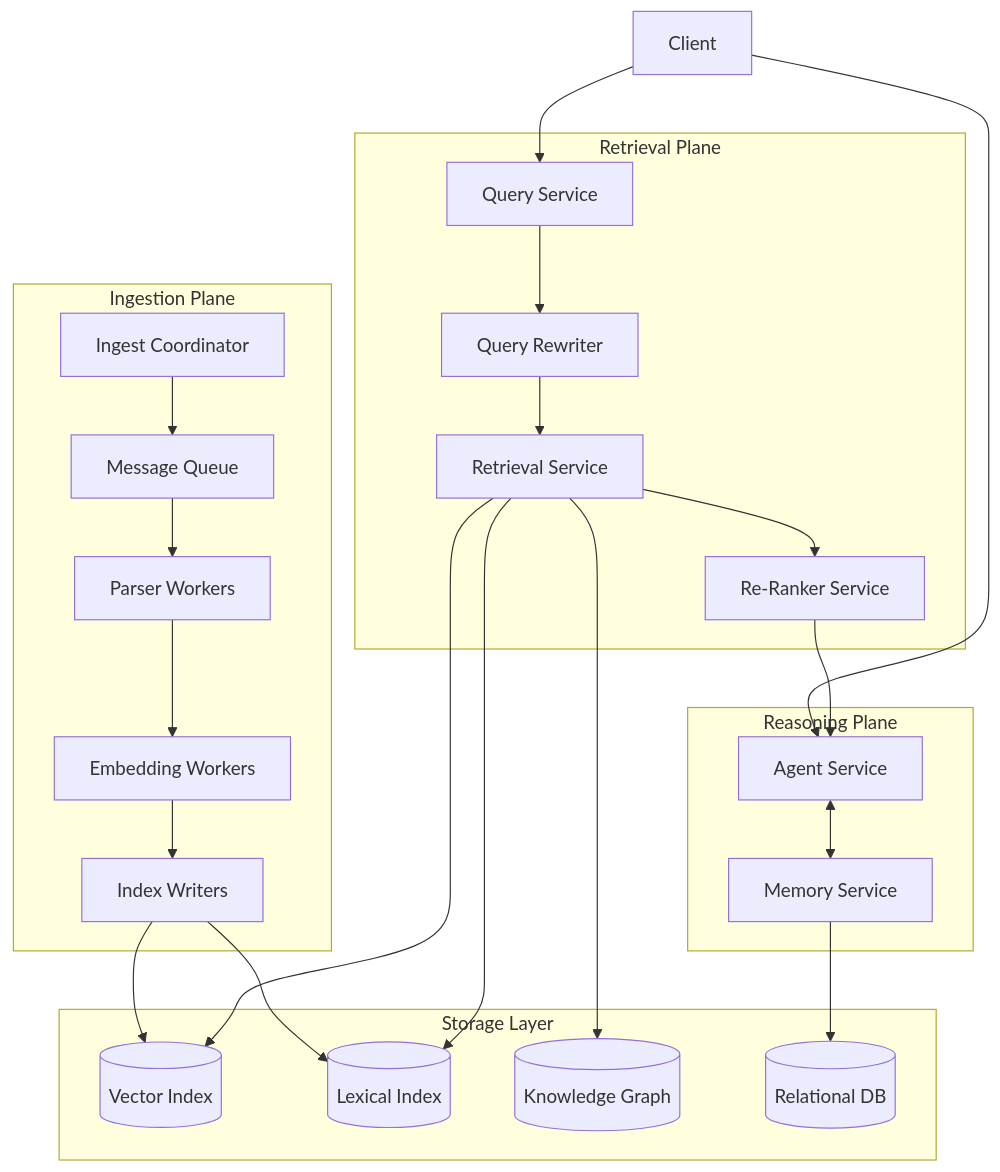
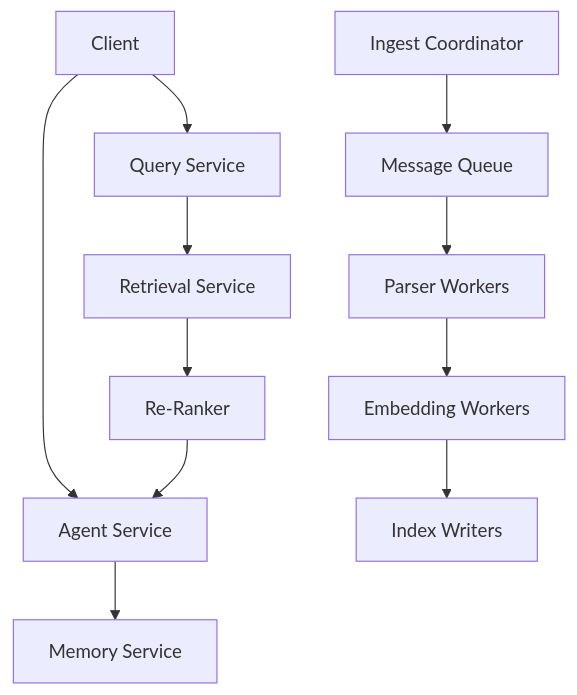
One commit to saanvielaty/eng-ai-agents changed the second of 2 diagrams in assignments/assignment-4/ragflow_architectural_analysis (4).md. Above: the diagram before and after it, drawn with Mermaid. The commit also changed other lines of this file, not shown here.

Commit message:
Update ragflow_architectural_analysis (4).md

````diff
--- a/assignments/assignment-4/ragflow_architectural_analysis (4).md
+++ b/assignments/assignment-4/ragflow_architectural_analysis (4).md
@@ -63,34 +57,13 @@
 ```mermaid
 graph TB
-    subgraph Ingestion Plane
-        IC[Ingest Coordinator] --> MQ[Message Queue]
-        MQ --> PW[Parser Workers]
-        PW --> EW[Embedding Workers]
-        EW --> IW[Index Writers]
-    end
-    subgraph Retrieval Plane
-        QS[Query Service] --> QR[Query Rewriter]
-        QR --> RS[Retrieval Service]
-        RS --> RR[Re-Ranker Service]
-    end
-    subgraph Reasoning Plane
-        AS[Agent Service]
-        MS[Memory Service]
-        AS <--> MS
-    end
-    subgraph Storage Layer
-        VI[(Vector Index)]
-        ES[(Lexical Index)]
-        KG2[(Knowledge Graph)]
-        DB[(Relational DB)]
-    end
-    Client --> QS
-    Client --> AS
+    Client --> QS[Query Service]
+    Client --> AS[Agent Service]
+    QS --> RS[Retrieval Service]
+    RS --> RR[Re-Ranker]
     RR --> AS
-    IW --> VI
-    IW --> ES
-    RS --> VI
-    RS --> ES
-    RS --> KG2
-    MS --> DB
+    AS --> MS[Memory Service]
+    IC[Ingest Coordinator] --> MQ[Message Queue]
+    MQ --> PW[Parser Workers]
+    PW --> EW[Embedding Workers]
+    EW --> IW[Index Writers]
 ```
````
